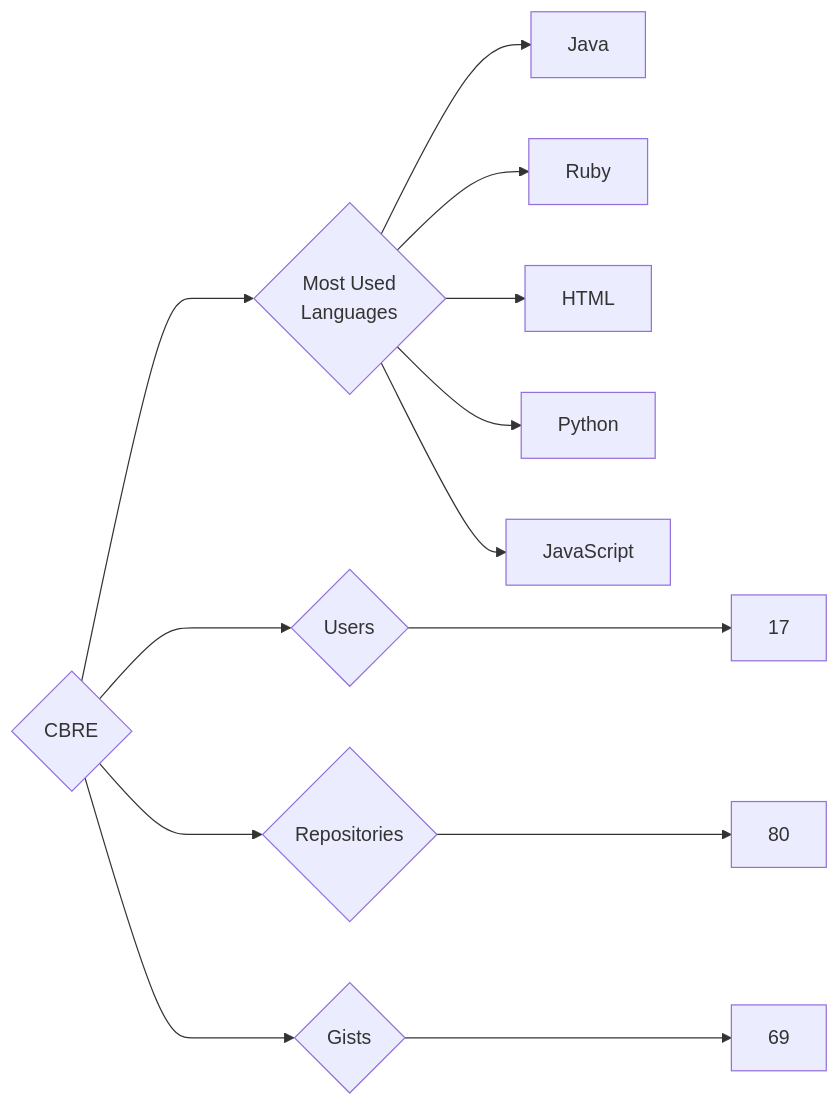
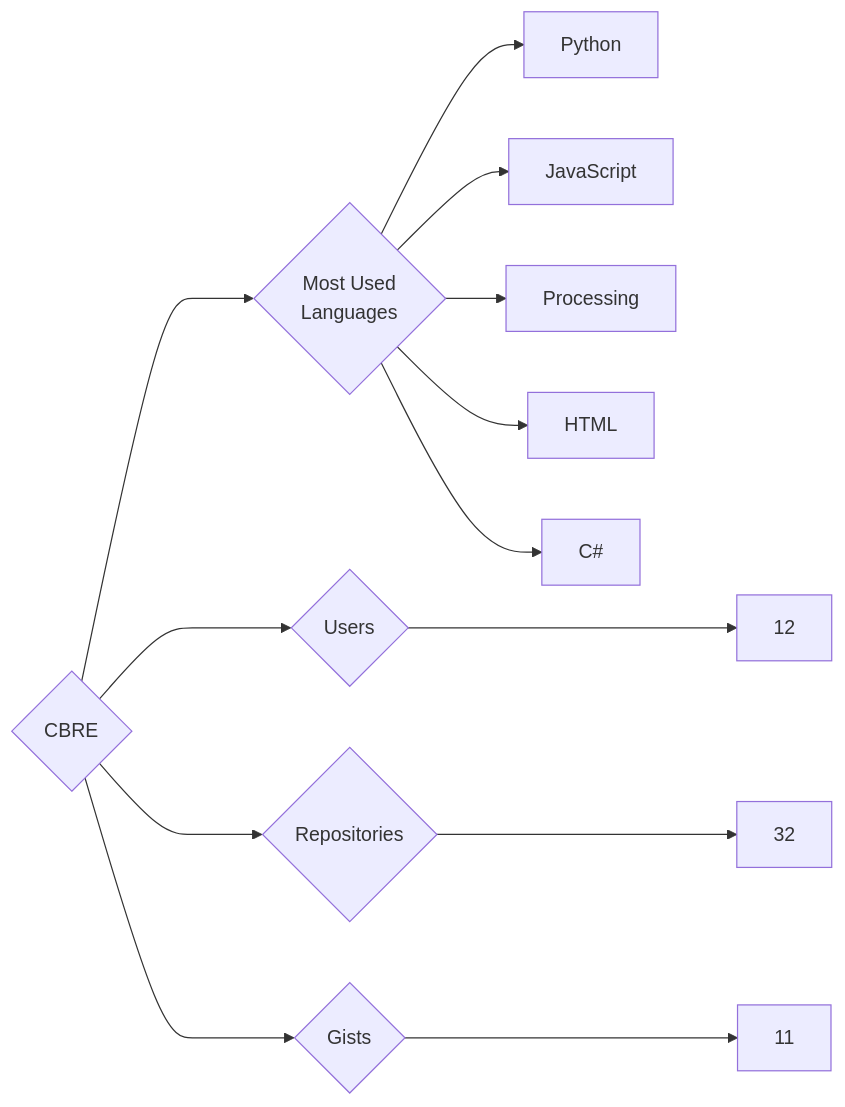
The diagram in targets/CBRE/README.md (trickest/insiders), drawn with Mermaid before and after one commit. The commit also changed 874 other files, not shown here.

````diff
--- a/targets/CBRE/README.md
+++ b/targets/CBRE/README.md
@@ -3,13 +3,13 @@
 ```mermaid
 graph LR
 COMPANY_NAME{CBRE}
-COMPANY_NAME ---> U{Users} ---> UN[17]
-COMPANY_NAME ---> R{Repositories} ---> RN[80]
-COMPANY_NAME ---> G{Gists} ---> GN[69]
+COMPANY_NAME ---> U{Users} ---> UN[12]
+COMPANY_NAME ---> R{Repositories} ---> RN[32]
+COMPANY_NAME ---> G{Gists} ---> GN[11]
 COMPANY_NAME ---> ML{Most Used<br>Languages}
-ML --> Java[Java]
-ML --> Ruby[Ruby]
-ML --> HTML[HTML]
 ML --> Python[Python]
 ML --> JavaScript[JavaScript]
+ML --> Processing[Processing]
+ML --> HTML[HTML]
+ML --> C#[C#]
 ```
````
